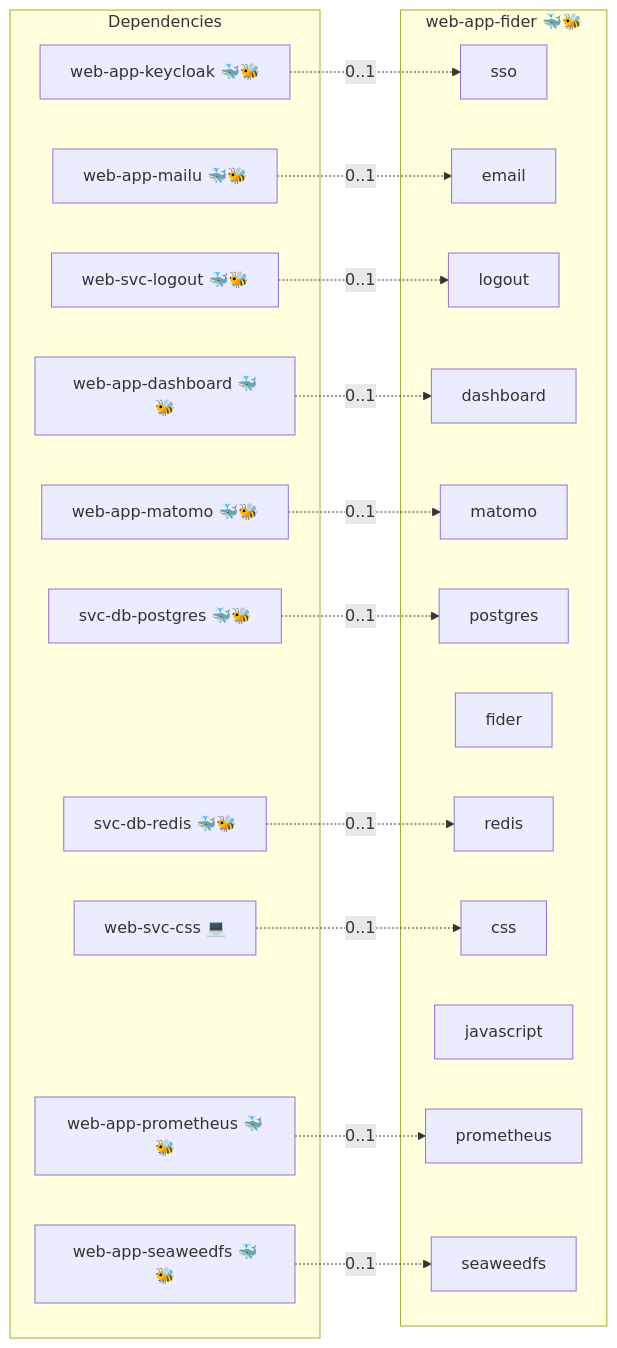
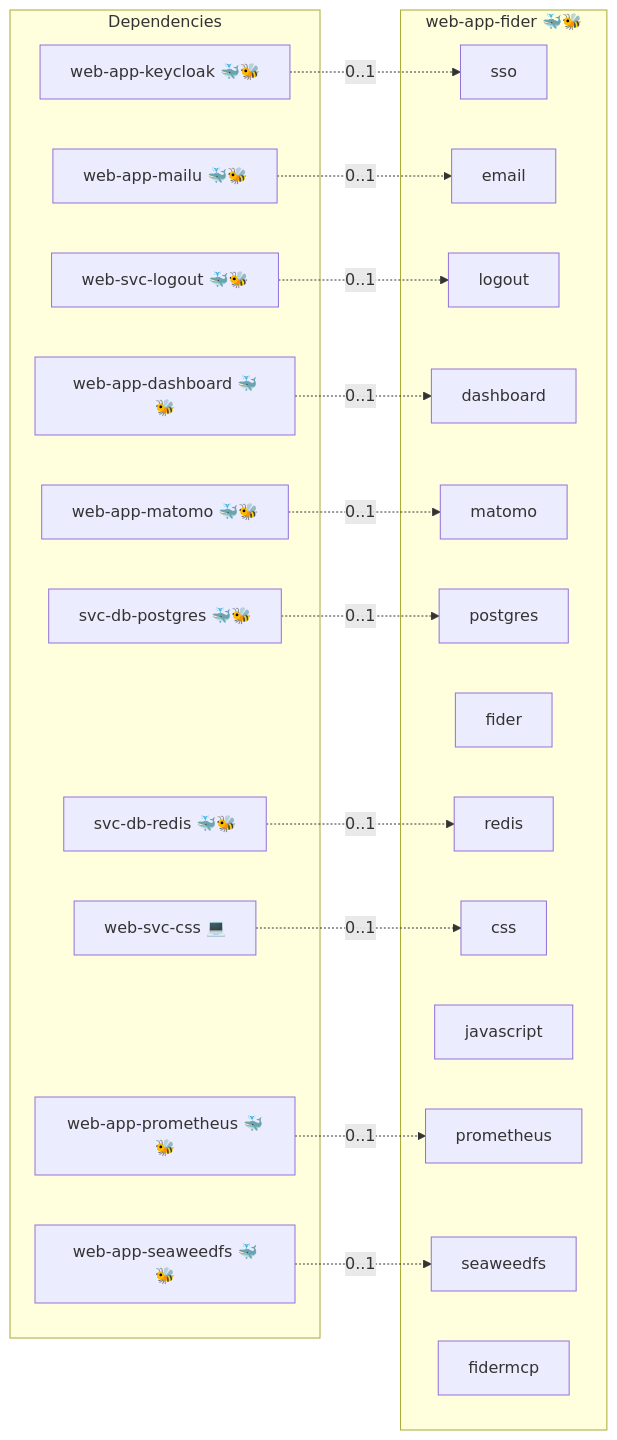
The diagram in roles/web-app-fider/README.md (infinito-nexus/core), drawn with Mermaid before and after one commit. The commit also changed 142 other files, not shown here.

````diff
--- a/roles/web-app-fider/README.md
+++ b/roles/web-app-fider/README.md
@@ -24,39 +24,40 @@
 ```mermaid
 flowchart LR
     subgraph deps [Dependencies]
         dep_svc_db_postgres["svc-db-postgres 🐳🐝"]
         dep_svc_db_redis["svc-db-redis 🐳🐝"]
         dep_web_app_dashboard["web-app-dashboard 🐳🐝"]
         dep_web_app_keycloak["web-app-keycloak 🐳🐝"]
         dep_web_app_mailu["web-app-mailu 🐳🐝"]
         dep_web_app_matomo["web-app-matomo 🐳🐝"]
         dep_web_app_prometheus["web-app-prometheus 🐳🐝"]
         dep_web_app_seaweedfs["web-app-seaweedfs 🐳🐝"]
         dep_web_svc_css["web-svc-css 💻"]
         dep_web_svc_logout["web-svc-logout 🐳🐝"]
     end
     subgraph role [web-app-fider 🐳🐝]
         svc_sso["sso"]
         svc_email["email"]
         svc_logout["logout"]
         svc_dashboard["dashboard"]
         svc_matomo["matomo"]
         svc_postgres["postgres"]
         svc_fider["fider"]
         svc_redis["redis"]
         svc_css["css"]
         svc_javascript["javascript"]
         svc_prometheus["prometheus"]
         svc_seaweedfs["seaweedfs"]
+        svc_fidermcp["fidermcp"]
     end
     dep_svc_db_postgres -. "0..1" .-> svc_postgres
     dep_svc_db_redis -. "0..1" .-> svc_redis
     dep_web_app_dashboard -. "0..1" .-> svc_dashboard
     dep_web_app_keycloak -. "0..1" .-> svc_sso
     dep_web_app_mailu -. "0..1" .-> svc_email
     dep_web_app_matomo -. "0..1" .-> svc_matomo
     dep_web_app_prometheus -. "0..1" .-> svc_prometheus
     dep_web_app_seaweedfs -. "0..1" .-> svc_seaweedfs
     dep_web_svc_css -. "0..1" .-> svc_css
     dep_web_svc_logout -. "0..1" .-> svc_logout
 ```
````
